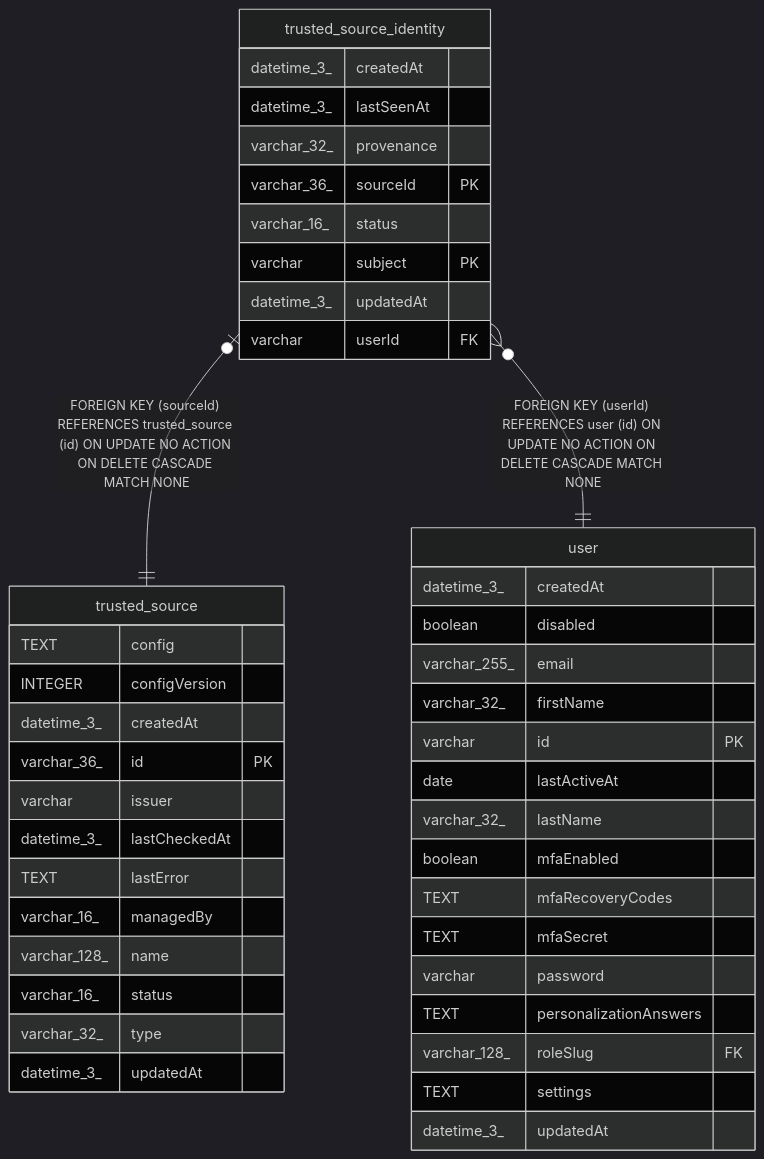
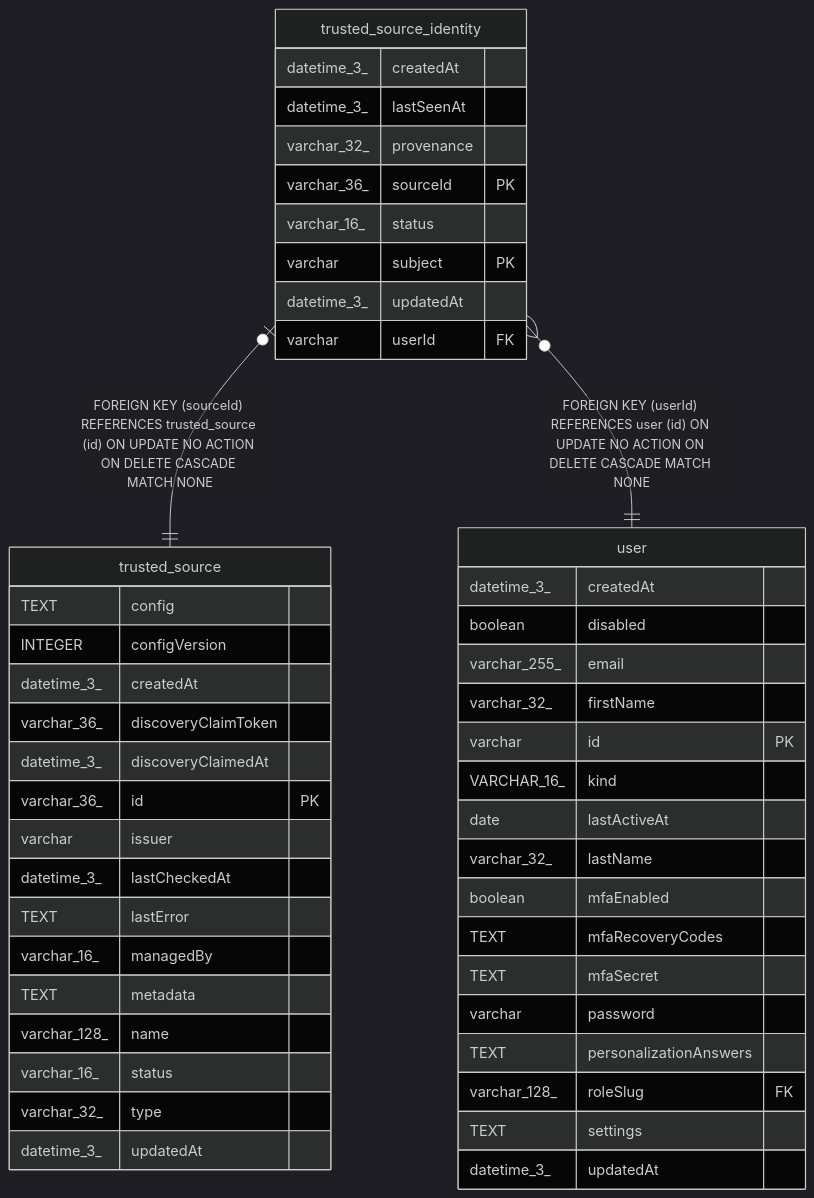
One commit to sreent/n8n changed the diagram in docs/generated/sqlite-schema/trusted_source_identity.md. Above: the diagram before and after it, drawn with Mermaid (dark theme). The commit also changed 7993 other files, not shown here.

````diff
--- a/docs/generated/sqlite-schema/trusted_source_identity.md
+++ b/docs/generated/sqlite-schema/trusted_source_identity.md
@@ -46,48 +46,52 @@
 ```mermaid
 erDiagram
 
 "trusted_source_identity" |o--|| "trusted_source" : "FOREIGN KEY (sourceId) REFERENCES trusted_source (id) ON UPDATE NO ACTION ON DELETE CASCADE MATCH NONE"
 "trusted_source_identity" }o--|| "user" : "FOREIGN KEY (userId) REFERENCES user (id) ON UPDATE NO ACTION ON DELETE CASCADE MATCH NONE"
 
 "trusted_source_identity" {
   datetime_3_ createdAt
   datetime_3_ lastSeenAt
   varchar_32_ provenance
   varchar_36_ sourceId PK
   varchar_16_ status
   varchar subject PK
   datetime_3_ updatedAt
   varchar userId FK
 }
 "trusted_source" {
   TEXT config
   INTEGER configVersion
   datetime_3_ createdAt
+  varchar_36_ discoveryClaimToken
+  datetime_3_ discoveryClaimedAt
   varchar_36_ id PK
   varchar issuer
   datetime_3_ lastCheckedAt
   TEXT lastError
   varchar_16_ managedBy
+  TEXT metadata
   varchar_128_ name
   varchar_16_ status
   varchar_32_ type
   datetime_3_ updatedAt
 }
 "user" {
   datetime_3_ createdAt
   boolean disabled
   varchar_255_ email
   varchar_32_ firstName
   varchar id PK
+  VARCHAR_16_ kind
   date lastActiveAt
   varchar_32_ lastName
   boolean mfaEnabled
   TEXT mfaRecoveryCodes
   TEXT mfaSecret
   varchar password
   TEXT personalizationAnswers
   varchar_128_ roleSlug FK
   TEXT settings
   datetime_3_ updatedAt
 }
 ```
````
